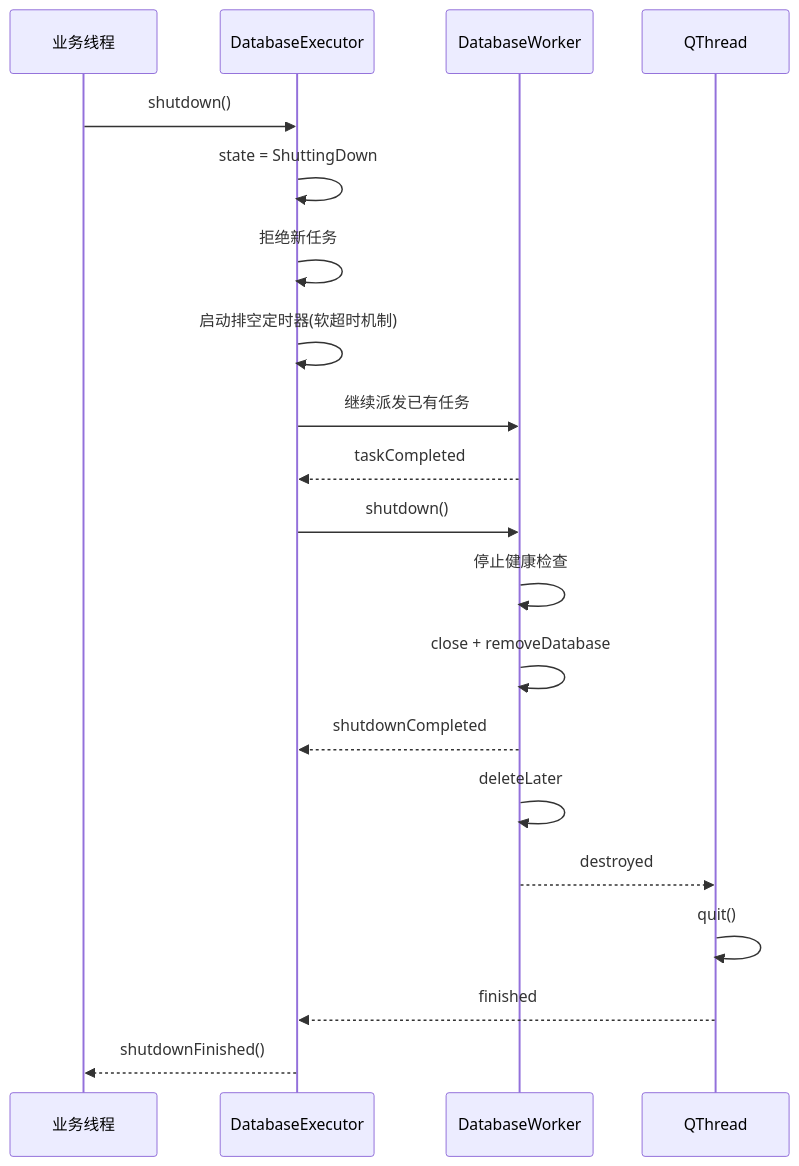
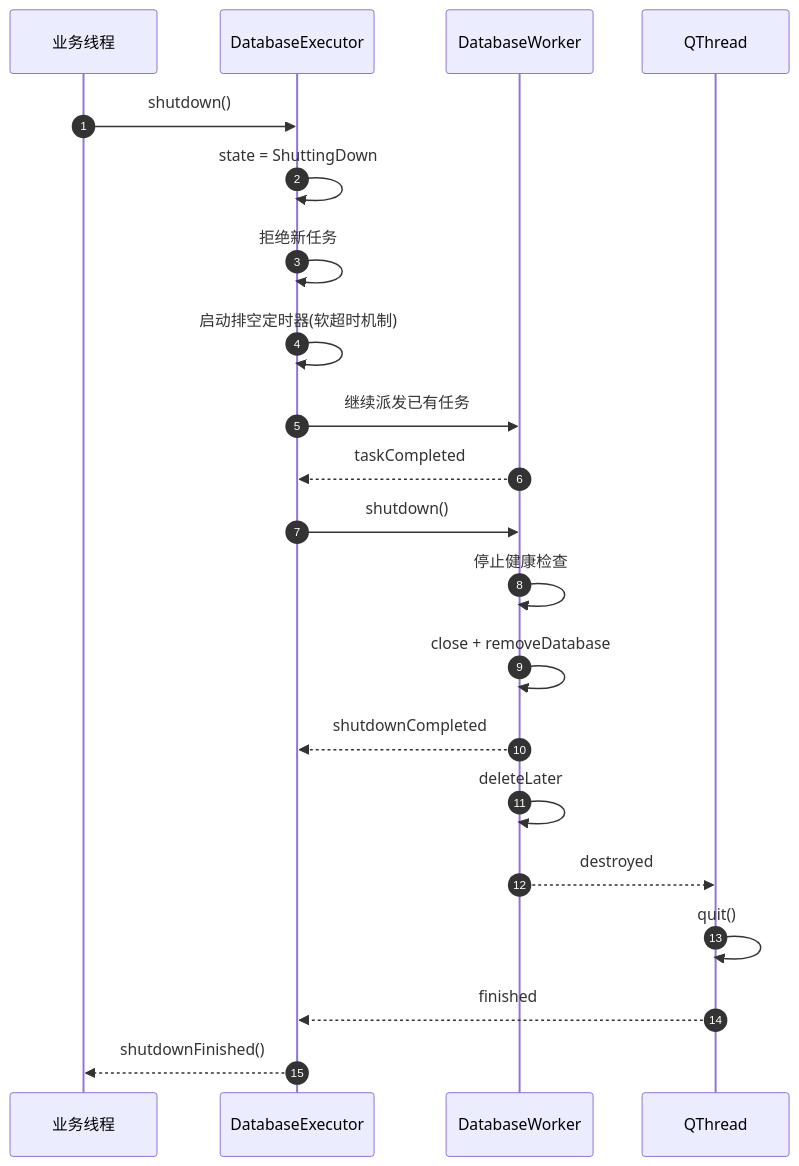
One commit to fanyu99/MyNote changed the third of 3 diagrams in 仓库管理系统/03_架构设计/数据库业务执行架构.md. Above: the diagram before and after it, drawn with Mermaid. The commit also changed other lines of this file and 26 other files, not shown here.

````diff
--- a/仓库管理系统/03_架构设计/数据库业务执行架构.md
+++ b/仓库管理系统/03_架构设计/数据库业务执行架构.md
@@ -64,23 +86,24 @@
 ```mermaid
 sequenceDiagram
+    autonumber
     participant UI as 业务线程
     participant E as DatabaseExecutor
     participant W as DatabaseWorker
     participant T as QThread
 
     UI->>E: shutdown()
     E->>E: state = ShuttingDown
     E->>E: 拒绝新任务
     E->>E: 启动排空定时器(软超时机制)
     E->>W: 继续派发已有任务
     W-->>E: taskCompleted
     E->>W: shutdown()
     W->>W: 停止健康检查
     W->>W: close + removeDatabase
     W-->>E: shutdownCompleted
     W->>W: deleteLater
     W-->>T: destroyed
     T->>T: quit()
     T-->>E: finished
     E-->>UI: shutdownFinished()
 ```
````
